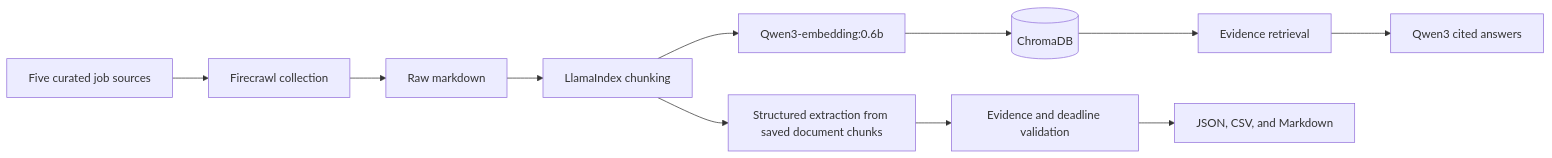
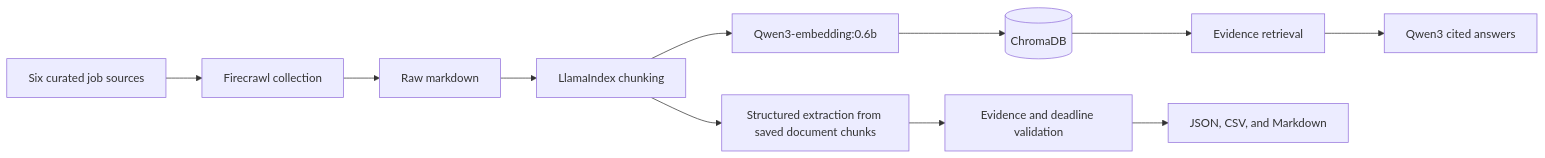
The diagram in README.md (anuvindpramod/Private-PhD-Research-Assistant-), drawn with Mermaid before and after one commit. The commit also changed other lines of this file and 13 other files, not shown here.

````diff
--- a/README.md
+++ b/README.md
@@ -9,13 +9,13 @@
 ```mermaid
 flowchart LR
-    A[Five curated job sources] --> B[Firecrawl collection]
+    A[Six curated job sources] --> B[Firecrawl collection]
     B --> C[Raw markdown]
     C --> D[LlamaIndex chunking]
     D --> E[Qwen3-embedding:0.6b]
     E --> F[(ChromaDB)]
     F --> G[Evidence retrieval]
     G --> H[Qwen3 cited answers]
     D --> I[Structured extraction from saved document chunks]
     I --> J[Evidence and deadline validation]
     J --> K[JSON, CSV, and Markdown]
 ```
````
